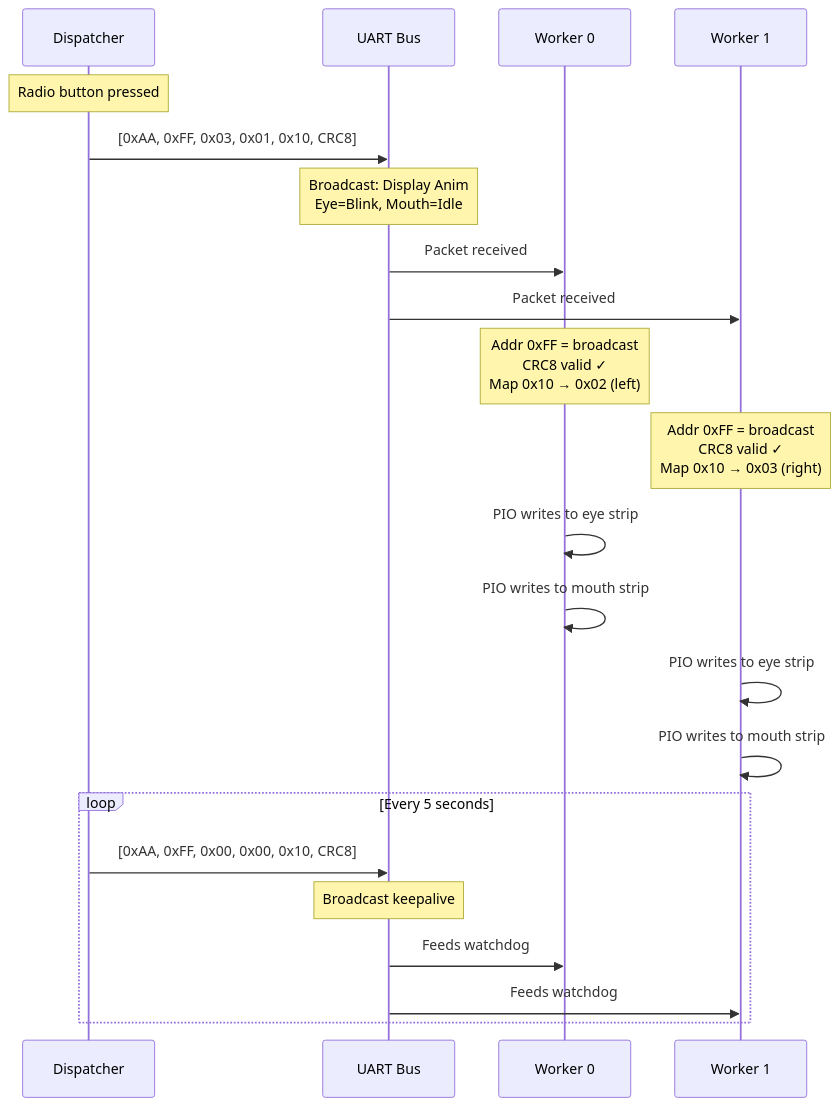
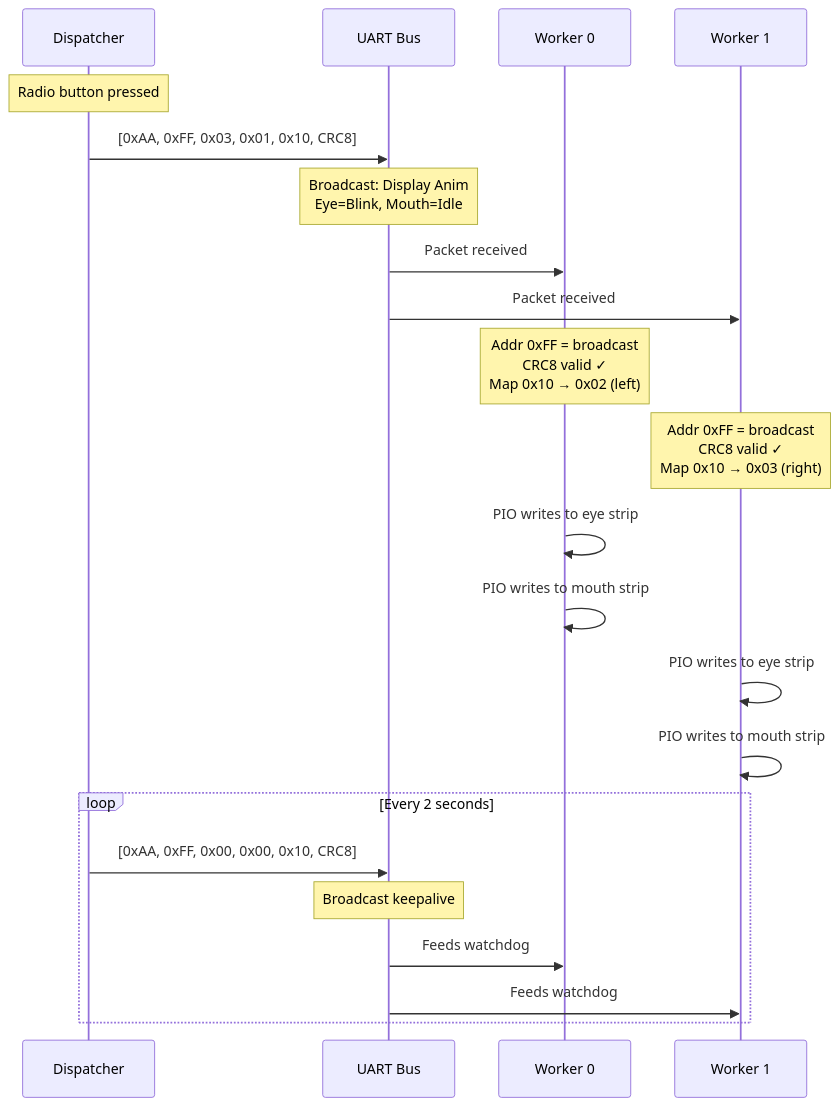
The second of 2 diagrams in README.md (Nifri2/NOS), drawn with Mermaid before and after one commit. The commit also changed other lines of this file and 2 other files, not shown here.

````diff
--- a/README.md
+++ b/README.md
@@ -77,29 +77,29 @@
 ```mermaid
 sequenceDiagram
     participant D as Dispatcher
     participant B as UART Bus
     participant W0 as Worker 0
     participant W1 as Worker 1
 
     Note over D: Radio button pressed
     D->>B: [0xAA, 0xFF, 0x03, 0x01, 0x10, CRC8]
     Note over B: Broadcast: Display Anim<br/>Eye=Blink, Mouth=Idle
 
     B->>W0: Packet received
     B->>W1: Packet received
 
     Note over W0: Addr 0xFF = broadcast<br/>CRC8 valid ✓<br/>Map 0x10 → 0x02 (left)
     Note over W1: Addr 0xFF = broadcast<br/>CRC8 valid ✓<br/>Map 0x10 → 0x03 (right)
 
     W0->>W0: PIO writes to eye strip
     W0->>W0: PIO writes to mouth strip
     W1->>W1: PIO writes to eye strip
     W1->>W1: PIO writes to mouth strip
 
-    loop Every 5 seconds
+    loop Every 2 seconds
         D->>B: [0xAA, 0xFF, 0x00, 0x00, 0x10, CRC8]
         Note over B: Broadcast keepalive
         B->>W0: Feeds watchdog
         B->>W1: Feeds watchdog
     end
 ```
````
